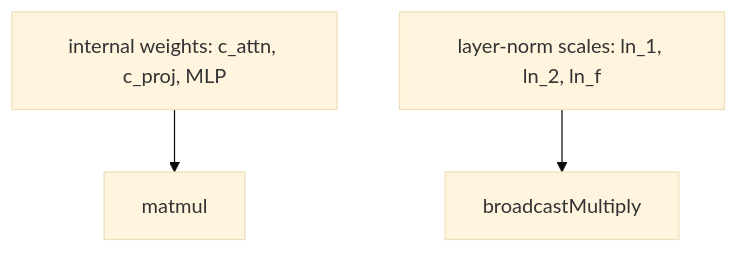
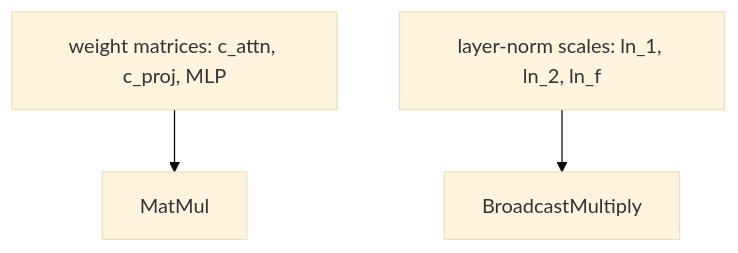
Before and after one commit to vasubansal1033/codecrafters-inference-engine-go: the second of 7 diagrams in concepts.md, drawn with Mermaid (base theme). The commit also changed other lines of this file and 5 other files, not shown here.

````diff
--- a/concepts.md
+++ b/concepts.md
@@ -181,5 +201,5 @@
 ```mermaid
 flowchart TD
-  weights["internal weights: c_attn, c_proj, MLP"] --> matmul["matmul"]
-  ln["layer-norm scales: ln_1, ln_2, ln_f"] --> bcast["broadcastMultiply"]
+  weights["weight matrices: c_attn, c_proj, MLP"] --> matmul["MatMul"]
+  ln["layer-norm scales: ln_1, ln_2, ln_f"] --> bcast["BroadcastMultiply"]
 ```
````
